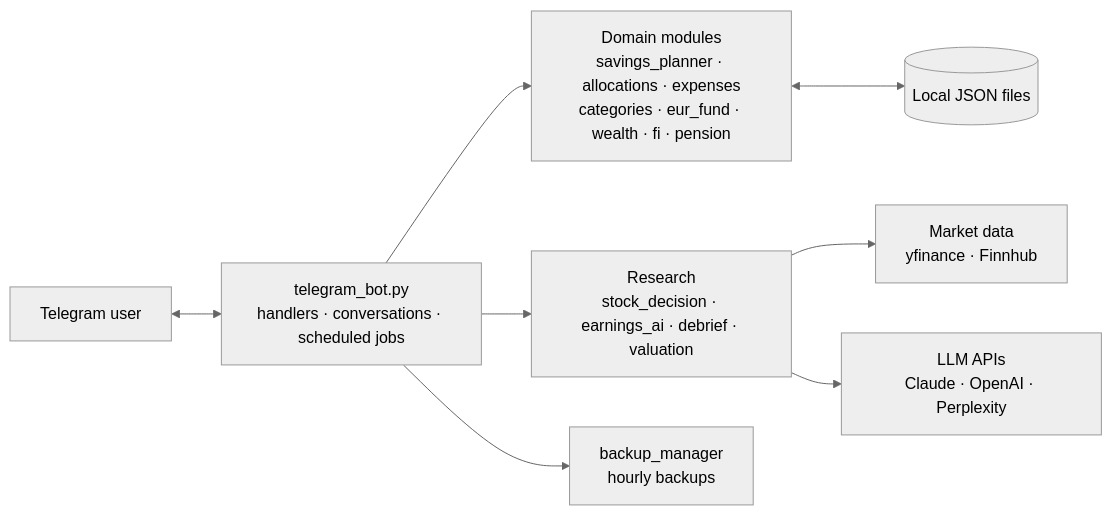
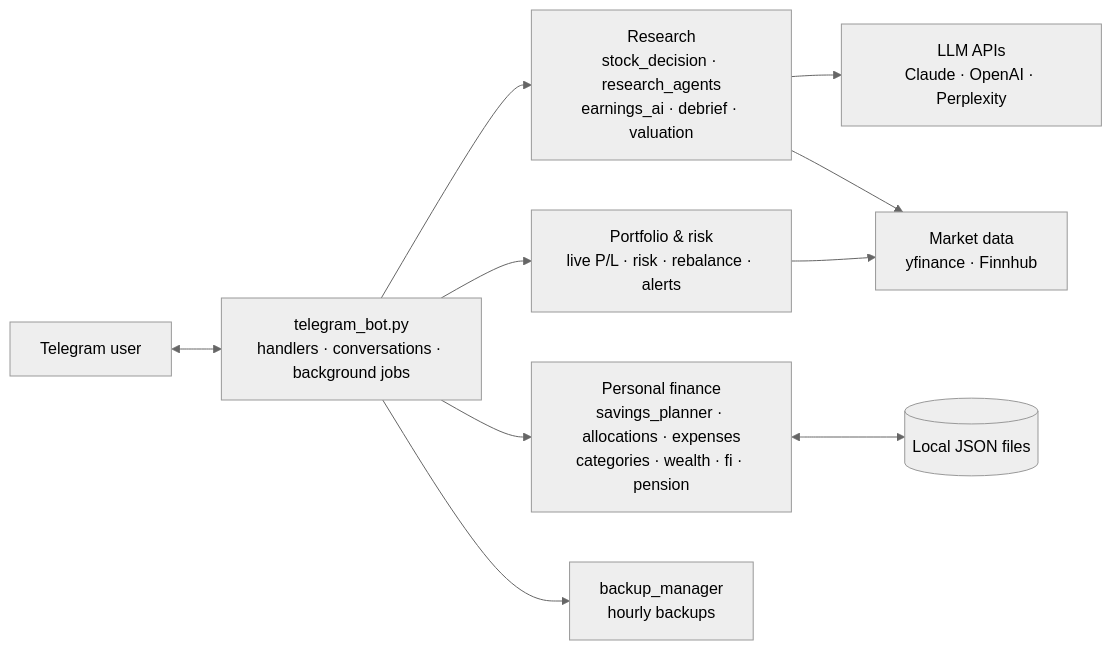
The diagram in README.md (Rian3693/personal-finance-telegram-bot), drawn with Mermaid (neutral theme) before and after one commit. The commit also changed other lines of this file and 80 other files, not shown here.

First line of the commit message:
Move code into src/ and rewrite README around the research and portfolio features

````diff
--- a/README.md
+++ b/README.md
@@ -63,10 +104,12 @@
 ```mermaid
 flowchart LR
-    U[Telegram user] <--> B[telegram_bot.py<br/>handlers · conversations · scheduled jobs]
-    B --> D[Domain modules<br/>savings_planner · allocations · expenses<br/>categories · eur_fund · wealth · fi · pension]
-    B --> R[Research<br/>stock_decision · earnings_ai · debrief · valuation]
+    U[Telegram user] <--> B[telegram_bot.py<br/>handlers · conversations · background jobs]
+    B --> R[Research<br/>stock_decision · research_agents<br/>earnings_ai · debrief · valuation]
+    B --> P[Portfolio & risk<br/>live P/L · risk · rebalance · alerts]
+    B --> D[Personal finance<br/>savings_planner · allocations · expenses<br/>categories · wealth · fi · pension]
+    R --> L[LLM APIs<br/>Claude · OpenAI · Perplexity]
+    R --> M[Market data<br/>yfinance · Finnhub]
+    P --> M
     D <--> J[(Local JSON files)]
-    R --> M[Market data<br/>yfinance · Finnhub]
-    R --> L[LLM APIs<br/>Claude · OpenAI · Perplexity]
     B --> K[backup_manager<br/>hourly backups]
 ```
````
